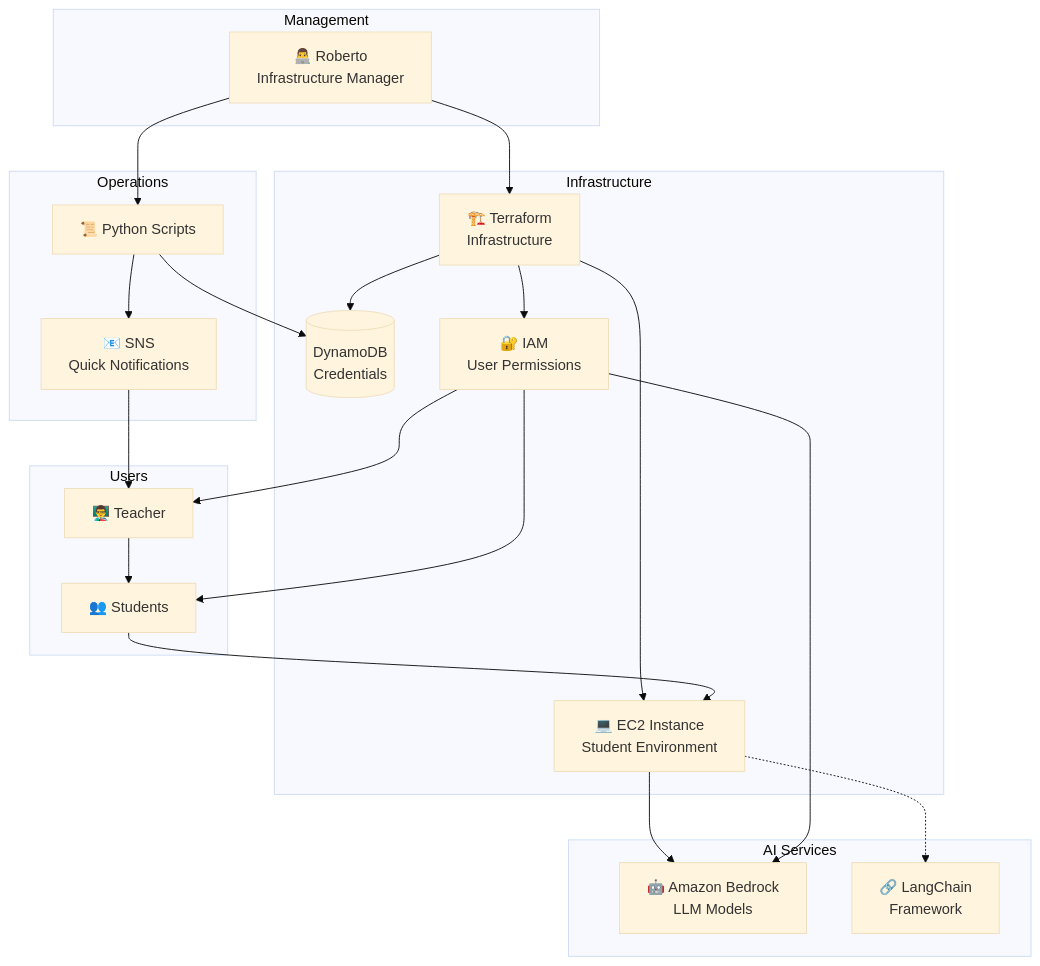
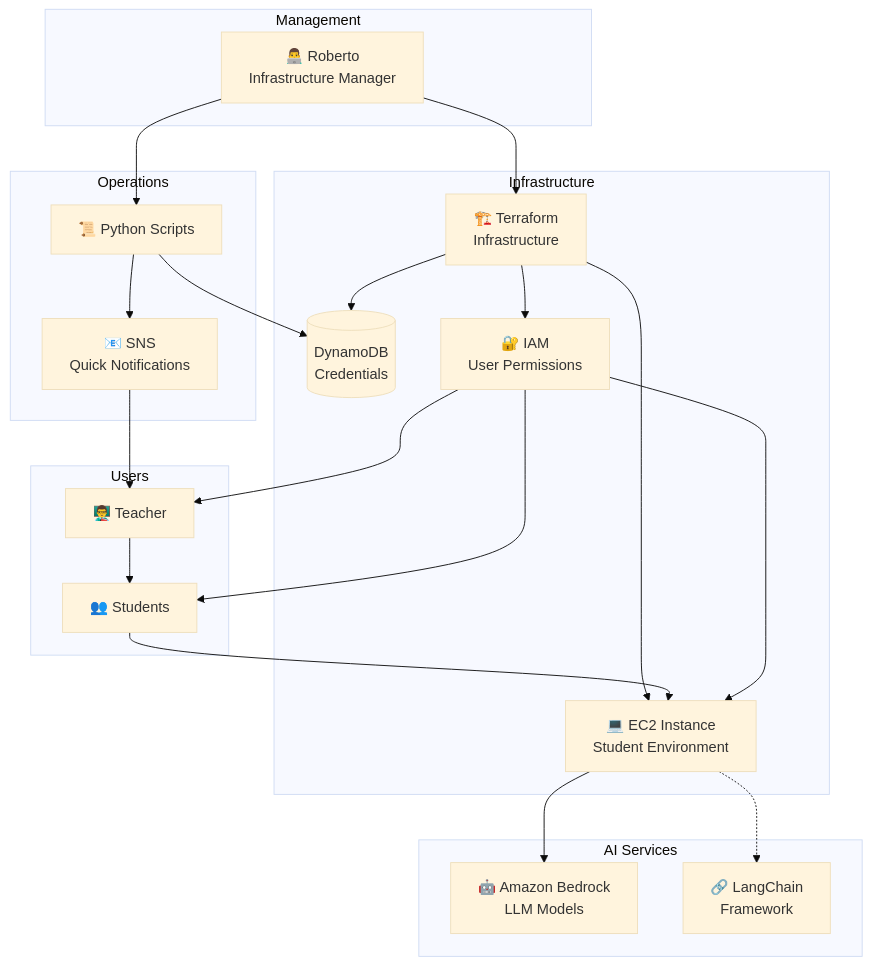
The diagram in README.md (s33ding/iesb-infra-chatbot), drawn with Mermaid (base theme) before and after one commit.

Commit message:
Update architecture diagram: connect IAM to EC2 instead of Bedrock

````diff
--- a/README.md
+++ b/README.md
@@ -26,50 +26,50 @@
 ```mermaid
 graph TB
     subgraph "Management"
         Roberto[👨‍💻 Roberto<br/>Infrastructure Manager]
     end
     
     subgraph "Infrastructure"
         TF[🏗️ Terraform<br/>Infrastructure]
         EC2[💻 EC2 Instance<br/>Student Environment]
         DDB[(DynamoDB<br/>Credentials)]
         IAM[🔐 IAM<br/>User Permissions]
     end
     
     subgraph "Operations"
         Script[📜 Python Scripts]
         SNS[📧 SNS<br/>Quick Notifications]
     end
     
     subgraph "Users"
         Teacher[👨‍🏫 Teacher]
         Students[👥 Students]
     end
     
     subgraph "AI Services"
         Bedrock[🤖 Amazon Bedrock<br/>LLM Models]
         LangChain[🔗 LangChain<br/>Framework]
     end
     
     Roberto --> TF
     Roberto --> Script
     
     TF --> EC2
     TF --> DDB
     TF --> IAM
     
     Script --> DDB
     Script --> SNS
     
     SNS --> Teacher
     Teacher --> Students
     
     Students --> EC2
     
     EC2 --> Bedrock
     EC2 -.-> LangChain
     
     IAM --> Teacher
     IAM --> Students
-    IAM --> Bedrock
+    IAM --> EC2
 ```
````
